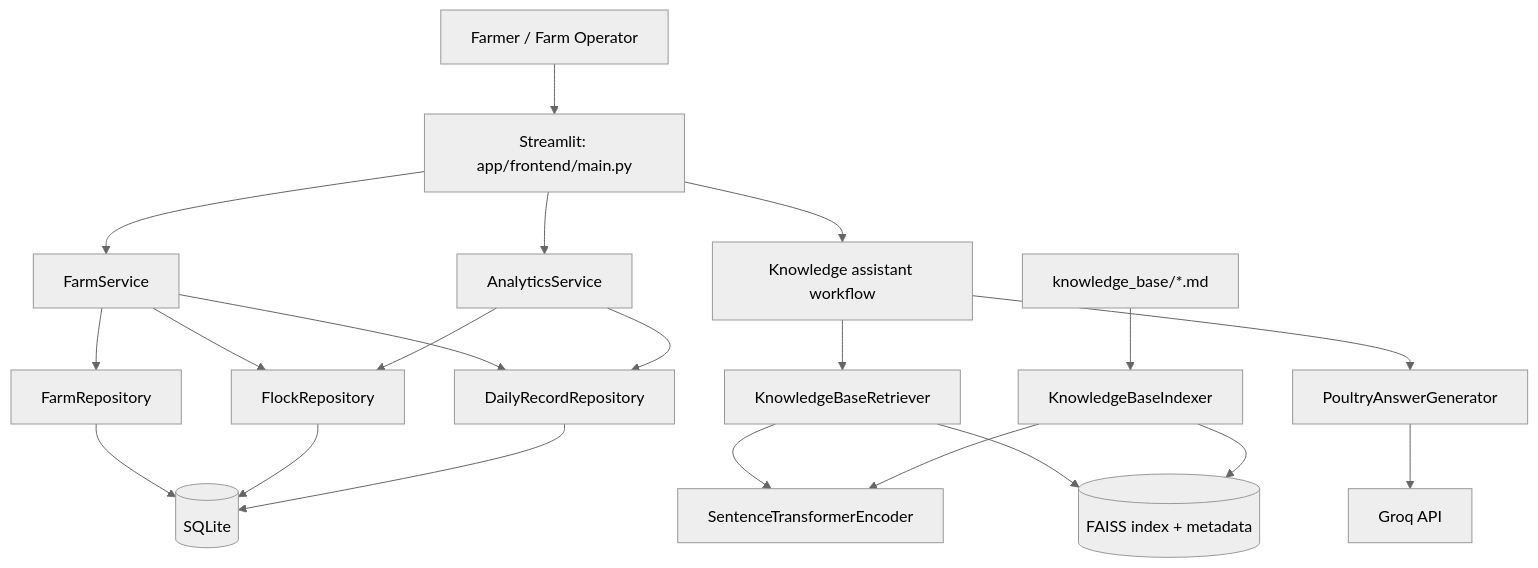
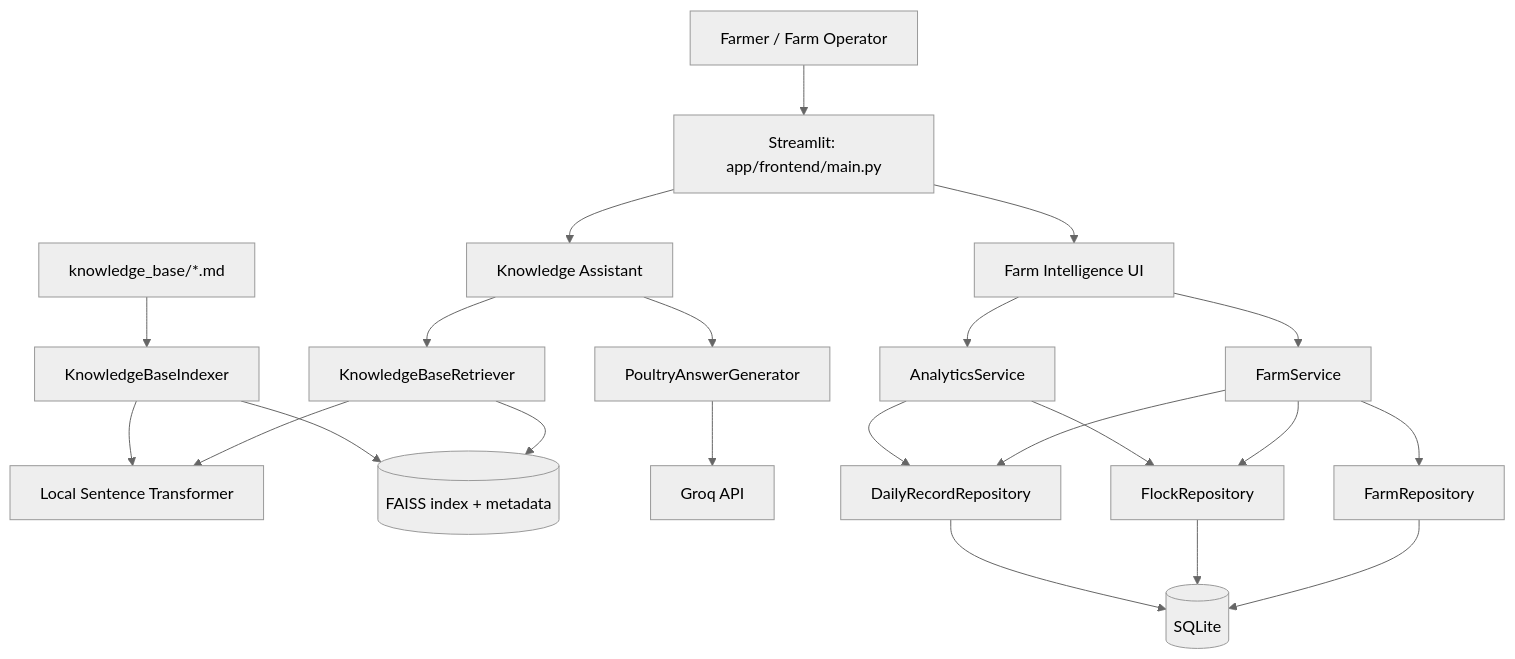
The diagram in docs/architecture/system_overview.md (zulyadainimuhammad/poultryguard-ai), drawn with Mermaid (neutral theme) before and after one commit. The commit also changed other lines of this file, not shown here.

````diff
--- a/docs/architecture/system_overview.md
+++ b/docs/architecture/system_overview.md
@@ -19,23 +19,24 @@
 ```mermaid
 flowchart TD
     USER[Farmer / Farm Operator] --> UI[Streamlit: app/frontend/main.py]
-    UI --> FS[FarmService]
-    UI --> AS[AnalyticsService]
-    UI --> Q[Knowledge assistant workflow]
+    UI --> KA[Knowledge Assistant]
+    UI --> FI[Farm Intelligence UI]
+    KA --> RET[KnowledgeBaseRetriever]
+    RET --> EMB[Local Sentence Transformer]
+    RET --> IDX[(FAISS index + metadata)]
+    KA --> GEN[PoultryAnswerGenerator]
+    GEN --> GROQ[Groq API]
+    FI --> FS[FarmService]
+    FI --> AS[AnalyticsService]
     FS --> FR[FarmRepository]
     FS --> FLR[FlockRepository]
     FS --> DRR[DailyRecordRepository]
     AS --> FLR
     AS --> DRR
     FR --> DB[(SQLite)]
     FLR --> DB
     DRR --> DB
-    Q --> RET[KnowledgeBaseRetriever]
-    RET --> EMB[SentenceTransformerEncoder]
-    RET --> IDX[(FAISS index + metadata)]
-    Q --> GEN[PoultryAnswerGenerator]
-    GEN --> GROQ[Groq API]
     KB[knowledge_base/*.md] --> INDEXER[KnowledgeBaseIndexer]
     INDEXER --> EMB
     INDEXER --> IDX
 ```
````
